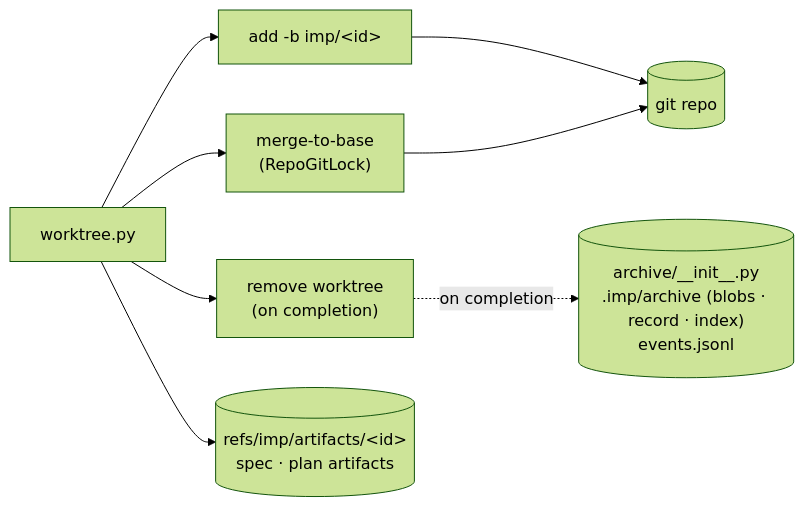
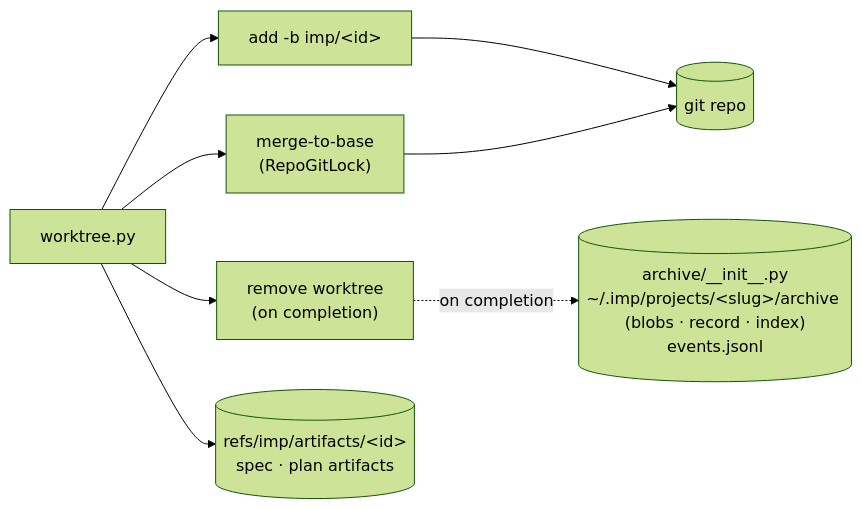
One commit to jpoimboe/imp changed the fifth of 12 diagrams in docs/internals/architecture.md. Above: the diagram before and after it, drawn with Mermaid (forest theme). The commit also changed other lines of this file and 1 other file, not shown here.

First line of the commit message:
docs: architecture — per-project state lives outside the checkout

````diff
--- a/docs/internals/architecture.md
+++ b/docs/internals/architecture.md
@@ -75,10 +89,10 @@
 ```mermaid
 flowchart LR
   WT["worktree.py"] --> ADD["add -b imp/&lt;id&gt;"]
   WT --> MERGE["merge-to-base<br/>(RepoGitLock)"]
   WT --> RM["remove worktree<br/>(on completion)"]
   WT --> WIP[("refs/imp/artifacts/&lt;id&gt;<br/>spec · plan artifacts")]
-  RM -. "on completion" .-> ARC[("archive/__init__.py<br/>.imp/archive (blobs · record · index)<br/>events.jsonl")]
+  RM -. "on completion" .-> ARC[("archive/__init__.py<br/>~/.imp/projects/&lt;slug&gt;/archive (blobs · record · index)<br/>events.jsonl")]
   ADD --> REPO[("git repo")]
   MERGE --> REPO
 ```
````
